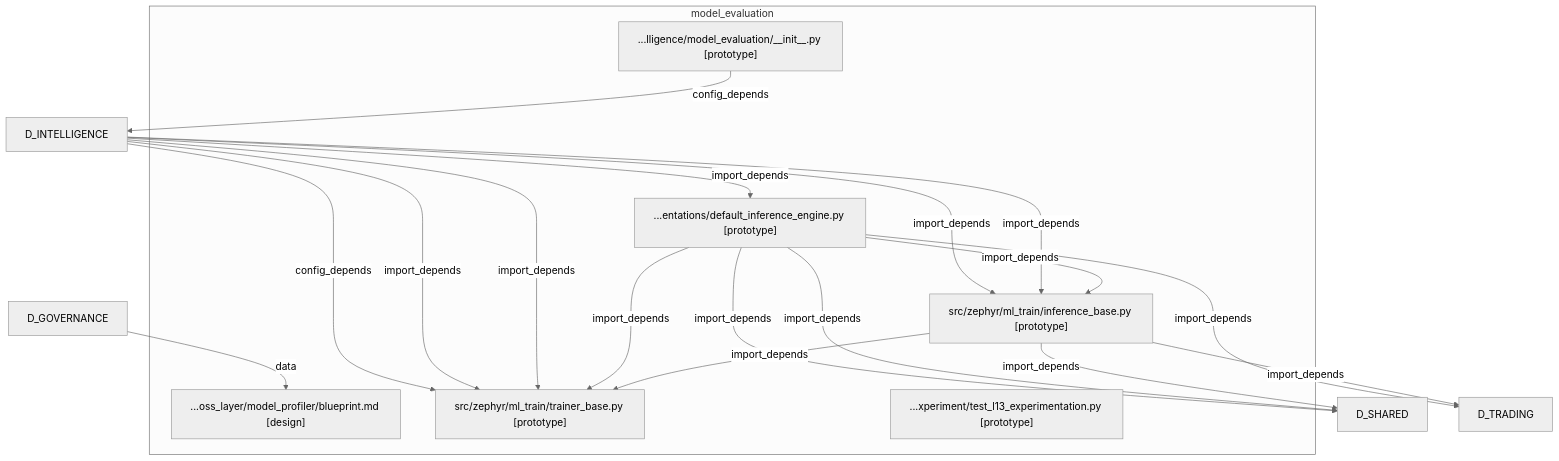
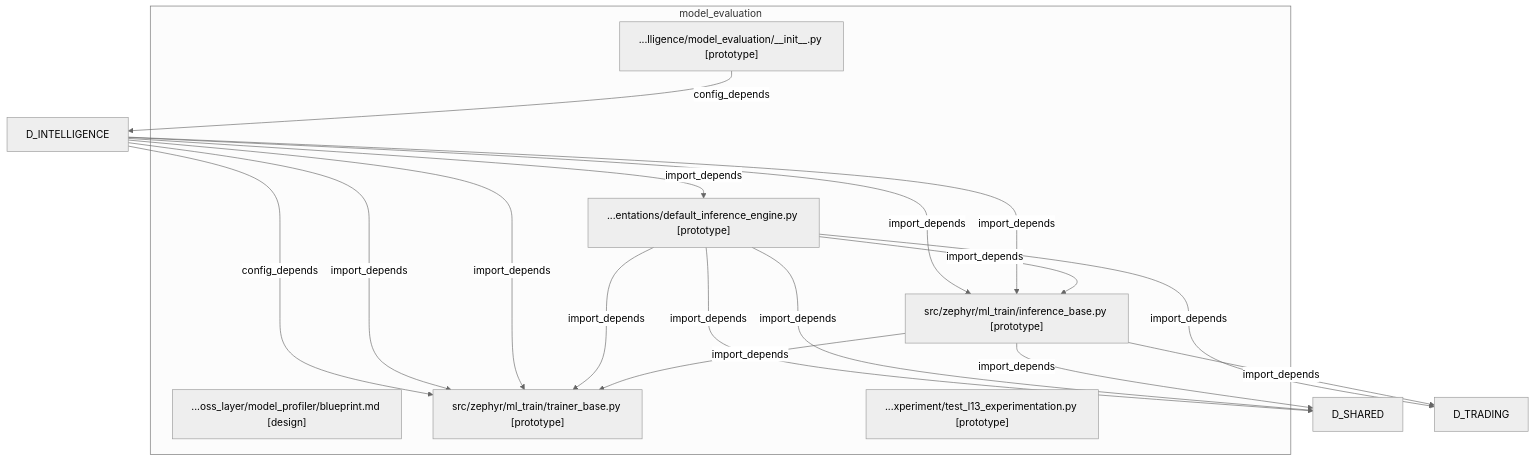
Before and after one commit to xuanFelixVan/ZephyrAlpha: the diagram in docs/02_enterprise_architecture/generated/domains/d_ml_train_dependency.mmd, drawn with Mermaid (neutral theme). The commit also changed 126 other files, not shown here.

```diff
--- a/docs/02_enterprise_architecture/generated/domains/d_ml_train_dependency.mmd
+++ b/docs/02_enterprise_architecture/generated/domains/d_ml_train_dependency.mmd
@@ -1,48 +1,46 @@
 %% D_ML_TRAIN 域全景依赖图
-%% 生成时间: 2026-07-17 03:24:40
+%% 生成时间: 2026-07-17 03:33:22
 %% 数据源: depgraph (PostgreSQL) nodes表 + edges表
-%% 模块数: 6, 依赖边数: 16
+%% 模块数: 6, 依赖边数: 15
 
 graph TD
 
     %% 域内模块（最多显示 100 个）
     subgraph D_ML_TRAIN[model_evaluation]
         docs_03_modules__cross_layer_model_profiler_blueprint_md["...oss_layer/model_profiler/blueprint.md [design]"]
         src_zephyr_intelligence_model_evaluation___init___py["...lligence/model_evaluation/__init__.py [prototype]"]
         src_zephyr_ml_train_implementa___default_inference_engine_py["...entations/default_inference_engine.py [prototype]"]
         src_zephyr_ml_train_inference_base_py["src/zephyr/ml_train/inference_base.py [prototype]"]
         src_zephyr_ml_train_trainer_base_py["src/zephyr/ml_train/trainer_base.py [prototype]"]
         tests_ml_experiment_test_l13_experimentation_py["...xperiment/test_l13_experimentation.py [prototype]"]
     end
 
     %% 域内依赖（最多显示 80 条）
     src_zephyr_ml_train_inference_base_py -->|import_depends| src_zephyr_ml_train_trainer_base_py
     src_zephyr_ml_train_implementa___default_inference_engine_py -->|import_depends| src_zephyr_ml_train_inference_base_py
     src_zephyr_ml_train_implementa___default_inference_engine_py -->|import_depends| src_zephyr_ml_train_trainer_base_py
 
     %% 跨域依赖（入）- 最多显示 30 条
-    %% D_GOVERNANCE -> D_ML_TRAIN (1 条)
-    D_GOVERNANCE[D_GOVERNANCE] -->|data| docs_03_modules__cross_layer_model_profiler_blueprint_md
     %% D_INTELLIGENCE -> D_ML_TRAIN (6 条)
     D_INTELLIGENCE[D_INTELLIGENCE] -->|import_depends| src_zephyr_ml_train_inference_base_py
     D_INTELLIGENCE[D_INTELLIGENCE] -->|import_depends| src_zephyr_ml_train_trainer_base_py
     D_INTELLIGENCE[D_INTELLIGENCE] -->|import_depends| src_zephyr_ml_train_inference_base_py
     D_INTELLIGENCE[D_INTELLIGENCE] -->|import_depends| src_zephyr_ml_train_trainer_base_py
     D_INTELLIGENCE[D_INTELLIGENCE] -->|import_depends| src_zephyr_ml_train_implementa___default_inference_engine_py
     D_INTELLIGENCE[D_INTELLIGENCE] -->|config_depends| src_zephyr_ml_train_trainer_base_py
 
     %% 跨域依赖（出）- 最多显示 30 条
     %% D_ML_TRAIN -> D_INTELLIGENCE (1 条)
     src_zephyr_intelligence_model_evaluation___init___py -->|config_depends| D_INTELLIGENCE[D_INTELLIGENCE]
     %% D_ML_TRAIN -> D_SHARED (3 条)
     src_zephyr_ml_train_inference_base_py -->|import_depends| D_SHARED[D_SHARED]
     src_zephyr_ml_train_implementa___default_inference_engine_py -->|import_depends| D_SHARED[D_SHARED]
     src_zephyr_ml_train_implementa___default_inference_engine_py -->|import_depends| D_SHARED[D_SHARED]
     %% D_ML_TRAIN -> D_TRADING (2 条)
     src_zephyr_ml_train_inference_base_py -->|import_depends| D_TRADING[D_TRADING]
     src_zephyr_ml_train_implementa___default_inference_engine_py -->|import_depends| D_TRADING[D_TRADING]
 
     %% 统计
     %% 域内依赖: 3 条
-    %% 跨域入边: 7 条
+    %% 跨域入边: 6 条
     %% 跨域出边: 6 条
```
